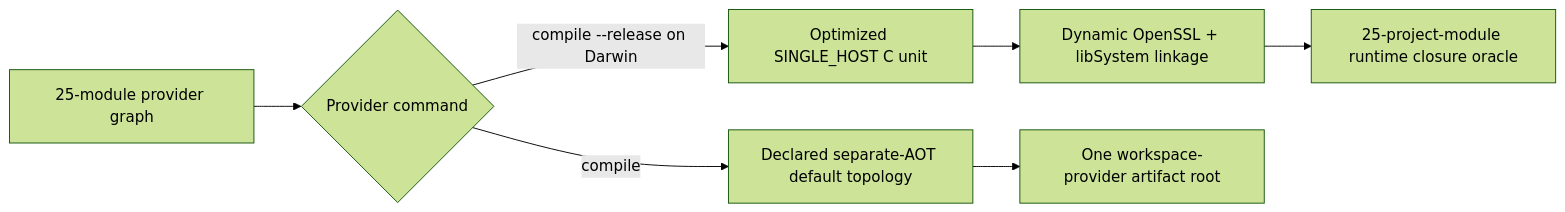
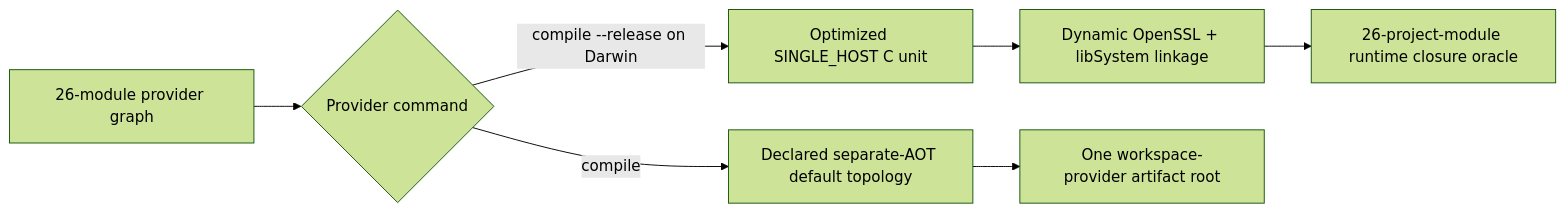
Before and after one commit to tao3k/asp-gerbil-scheme: the fifth of 8 diagrams in docs/30-39-building/31.07-native-gerbil-declarative-boundary.org, drawn with Mermaid (forest theme). The commit also changed other lines of this file and 10 other files, not shown here.

```diff
--- a/docs/30-39-building/31.07-native-gerbil-declarative-boundary.org
+++ b/docs/30-39-building/31.07-native-gerbil-declarative-boundary.org
@@ -195,9 +206,9 @@
 #+begin_src mermaid
 flowchart LR
-    Graph[25-module provider graph] --> Choice{Provider command}
+    Graph[26-module provider graph] --> Choice{Provider command}
     Choice -->|compile| Separate[Declared separate-AOT default topology]
     Choice -->|compile --release on Darwin| Single[Optimized SINGLE_HOST C unit]
     Single --> Dynamic[Dynamic OpenSSL + libSystem linkage]
     Separate --> Root[One workspace-provider artifact root]
-    Dynamic --> Oracle[25-project-module runtime closure oracle]
+    Dynamic --> Oracle[26-project-module runtime closure oracle]
 #+end_src
```
